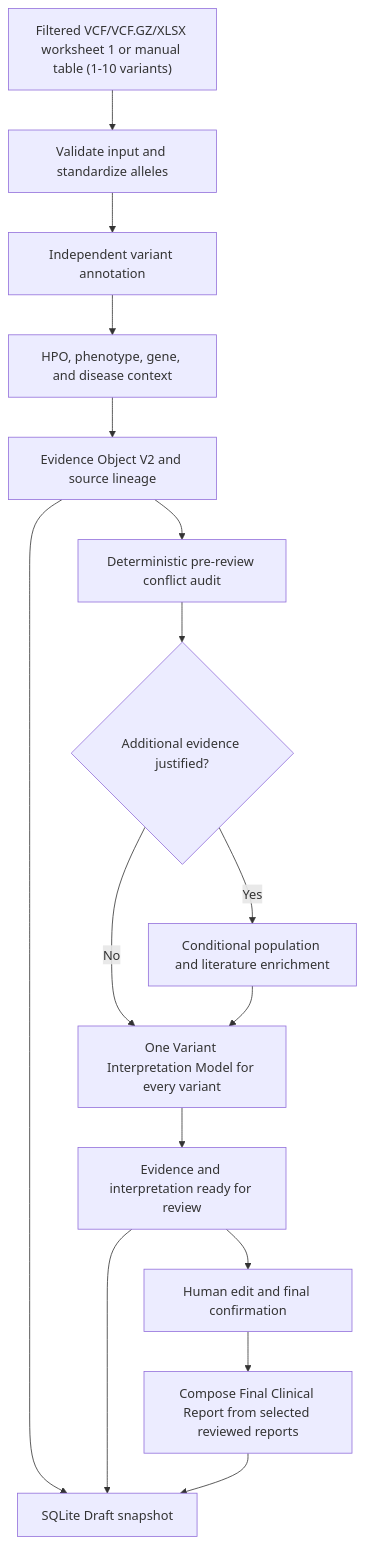
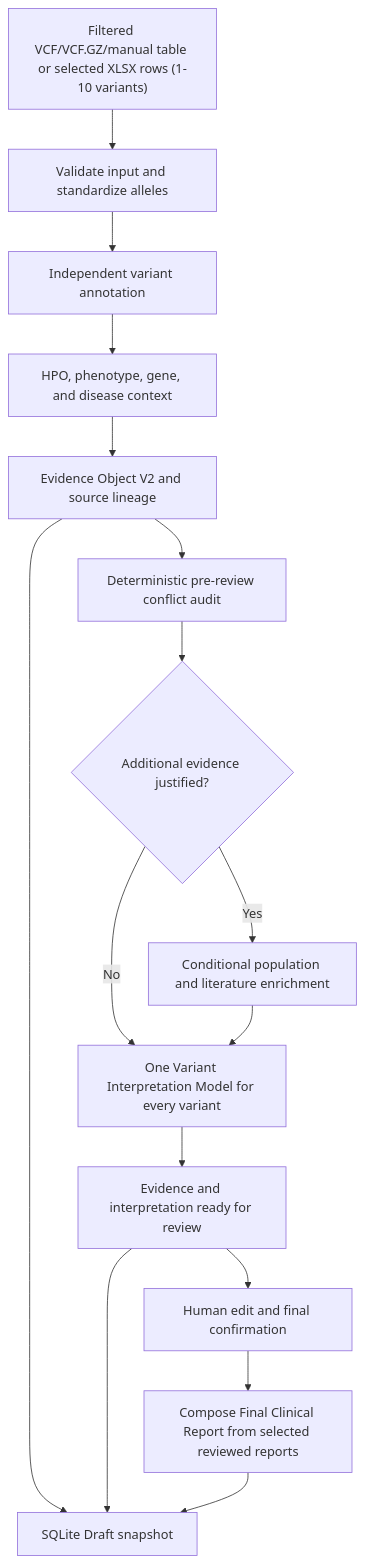
The diagram in README.md (parhamKIY/CLINCAL_VARIANT_WEB_APPLICATION), drawn with Mermaid before and after one commit. The commit also changed other lines of this file and 1 other file, not shown here.

Commit message:
docs(input): reconcile selected-variant smoke baseline

````diff
--- a/README.md
+++ b/README.md
@@ -530,18 +534,18 @@
 ```mermaid
 flowchart TD
-    I["Filtered VCF/VCF.GZ/XLSX worksheet 1 or manual table (1-10 variants)"] --> V["Validate input and standardize alleles"]
+    I["Filtered VCF/VCF.GZ/manual table or selected XLSX rows (1-10 variants)"] --> V["Validate input and standardize alleles"]
     V --> A["Independent variant annotation"]
     A --> P["HPO, phenotype, gene, and disease context"]
     P --> E["Evidence Object V2 and source lineage"]
     E --> C1["Deterministic pre-review conflict audit"]
     C1 --> X{"Additional evidence justified?"}
     X -- Yes --> CE["Conditional population and literature enrichment"]
     X -- No --> VI
     CE --> VI["One Variant Interpretation Model for every variant"]
     VI --> D["Evidence and interpretation ready for review"]
     D --> H["Human edit and final confirmation"]
     H --> F["Compose Final Clinical Report from selected reviewed reports"]
     E --> DB["SQLite Draft snapshot"]
     D --> DB
     F --> DB
 ```
````
